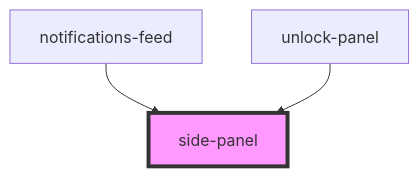
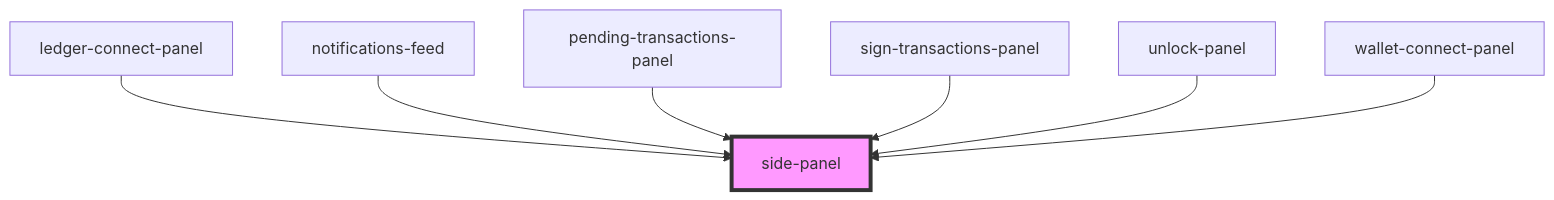
One commit to multiversx/mx-sdk-dapp-ui changed the diagram in src/components/visual/side-panel/readme.md. Above: the diagram before and after it, drawn with Mermaid. The commit also changed other lines of this file and 92 other files, not shown here.

````diff
--- a/src/components/visual/side-panel/readme.md
+++ b/src/components/visual/side-panel/readme.md
@@ -32,6 +36,10 @@
 ```mermaid
 graph TD;
+  ledger-connect-panel --> side-panel
   notifications-feed --> side-panel
+  pending-transactions-panel --> side-panel
+  sign-transactions-panel --> side-panel
   unlock-panel --> side-panel
+  wallet-connect-panel --> side-panel
   style side-panel fill:#f9f,stroke:#333,stroke-width:4px
 ```
````
